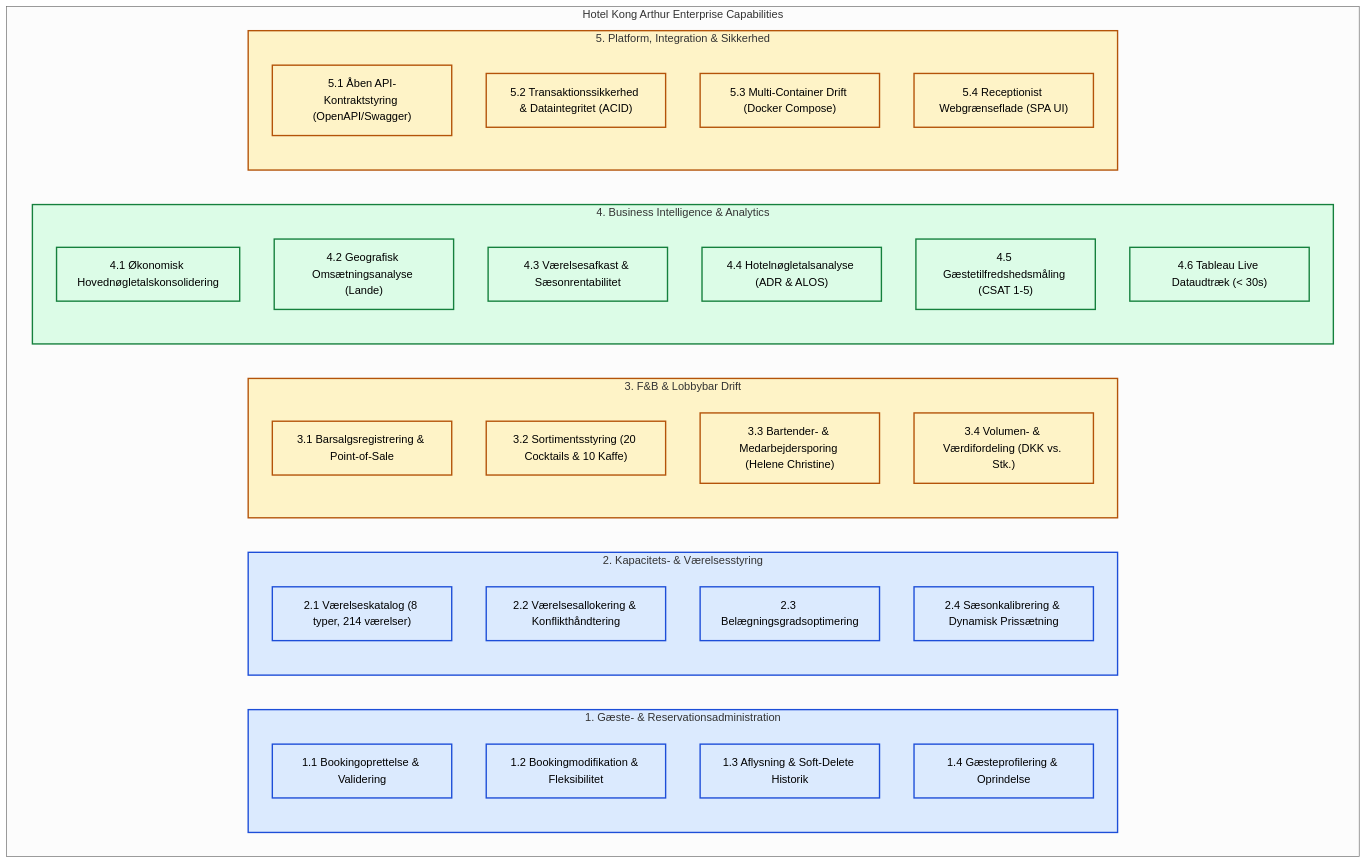
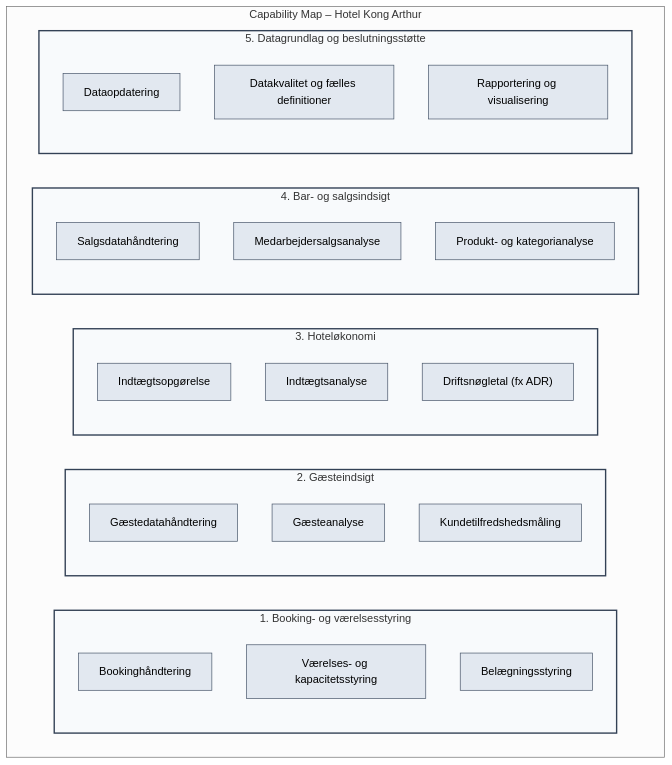
The diagram in specs/001-hotel-management/capability-map.md (Junkersje/Hotel-Kong-Arthur-SCAMM-Tv-rfaglig-Opgave), drawn with Mermaid (neutral theme) before and after one commit. The commit also changed other lines of this file, not shown here.

Commit message:
docs(spec): align capability map exactly with Hotel Kong Arthur roadmap template

````diff
--- a/specs/001-hotel-management/capability-map.md
+++ b/specs/001-hotel-management/capability-map.md
@@ -13,51 +18,40 @@
 ```mermaid
 graph TB
-    subgraph KONG_ARTHUR["Hotel Kong Arthur Enterprise Capabilities"]
-        subgraph C1["1. Gæste- & Reservationsadministration"]
-            C1_1["1.1 Bookingoprettelse & Validering"]
-            C1_2["1.2 Bookingmodifikation & Fleksibilitet"]
-            C1_3["1.3 Aflysning & Soft-Delete Historik"]
-            C1_4["1.4 Gæsteprofilering & Oprindelse"]
+    subgraph KONG_ARTHUR["Capability Map – Hotel Kong Arthur"]
+        subgraph O1["1. Booking- og værelsesstyring"]
+            C1_1["Bookinghåndtering"]
+            C1_2["Værelses- og kapacitetsstyring"]
+            C1_3["Belægningsstyring"]
         end
 
-        subgraph C2["2. Kapacitets- & Værelsesstyring"]
-            C2_1["2.1 Værelseskatalog (8 typer, 214 værelser)"]
-            C2_2["2.2 Værelsesallokering & Konflikthåndtering"]
-            C2_3["2.3 Belægningsgradsoptimering"]
-            C2_4["2.4 Sæsonkalibrering & Dynamisk Prissætning"]
+        subgraph O2["2. Gæsteindsigt"]
+            C2_1["Gæstedatahåndtering"]
+            C2_2["Gæsteanalyse"]
+            C2_3["Kundetilfredshedsmåling"]
         end
 
-        subgraph C3["3. F&B & Lobbybar Drift"]
-            C3_1["3.1 Barsalgsregistrering & Point-of-Sale"]
-            C3_2["3.2 Sortimentsstyring (20 Cocktails & 10 Kaffe)"]
-            C3_3["3.3 Bartender- & Medarbejdersporing (Helene Christine)"]
-            C3_4["3.4 Volumen- & Værdifordeling (DKK vs. Stk.)"]
+        subgraph O3["3. Hoteløkonomi"]
+            C3_1["Indtægtsopgørelse"]
+            C3_2["Indtægtsanalyse"]
+            C3_3["Driftsnøgletal (fx ADR)"]
         end
 
-        subgraph C4["4. Business Intelligence & Analytics"]
-            C4_1["4.1 Økonomisk Hovednøgletalskonsolidering"]
-            C4_2["4.2 Geografisk Omsætningsanalyse (Lande)"]
-            C4_3["4.3 Værelsesafkast & Sæsonrentabilitet"]
-            C4_4["4.4 Hotelnøgletalsanalyse (ADR & ALOS)"]
-            C4_5["4.5 Gæstetilfredshedsmåling (CSAT 1-5)"]
-            C4_6["4.6 Tableau Live Dataudtræk (< 30s)"]
+        subgraph O4["4. Bar- og salgsindsigt"]
+            C4_1["Salgsdatahåndtering"]
+            C4_2["Medarbejdersalgsanalyse"]
+            C4_3["Produkt- og kategorianalyse"]
         end
 
-        subgraph C5["5. Platform, Integration & Sikkerhed"]
-            C5_1["5.1 Åben API-Kontraktstyring (OpenAPI/Swagger)"]
-            C5_2["5.2 Transaktionssikkerhed & Dataintegritet (ACID)"]
-            C5_3["5.3 Multi-Container Drift (Docker Compose)"]
-            C5_4["5.4 Receptionist Webgrænseflade (SPA UI)"]
+        subgraph O5["5. Datagrundlag og beslutningsstøtte"]
+            C5_1["Dataopdatering"]
+            C5_2["Datakvalitet og fælles definitioner"]
+            C5_3["Rapportering og visualisering"]
         end
     end
 
-    classDef core fill:#dbeafe,stroke:#1d4ed8,stroke-width:2px;
-    classDef diff fill:#dcfce7,stroke:#15803d,stroke-width:2px;
-    classDef supp fill:#fef3c7,stroke:#b45309,stroke-width:2px;
+    classDef area fill:#f8fafc,stroke:#334155,stroke-width:2px;
+    classDef cap fill:#e2e8f0,stroke:#475569,stroke-width:1px;
 
-    class C1,C1_1,C1_2,C1_3,C1_4 core;
-    class C2,C2_1,C2_2,C2_3,C2_4 core;
-    class C3,C3_1,C3_2,C3_3,C3_4 supp;
-    class C4,C4_1,C4_2,C4_3,C4_4,C4_5,C4_6 diff;
-    class C5,C5_1,C5_2,C5_3,C5_4 supp;
+    class O1,O2,O3,O4,O5 area;
+    class C1_1,C1_2,C1_3,C2_1,C2_2,C2_3,C3_1,C3_2,C3_3,C4_1,C4_2,C4_3,C5_1,C5_2,C5_3 cap;
 ```
````
